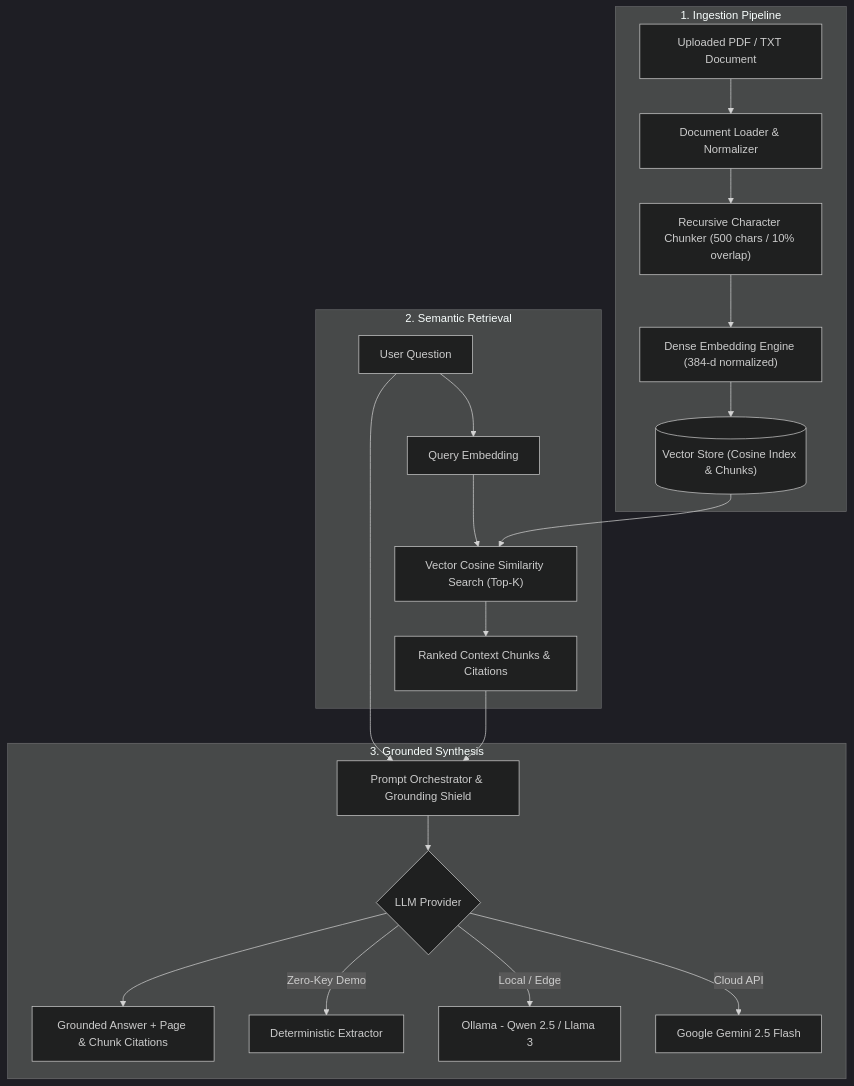
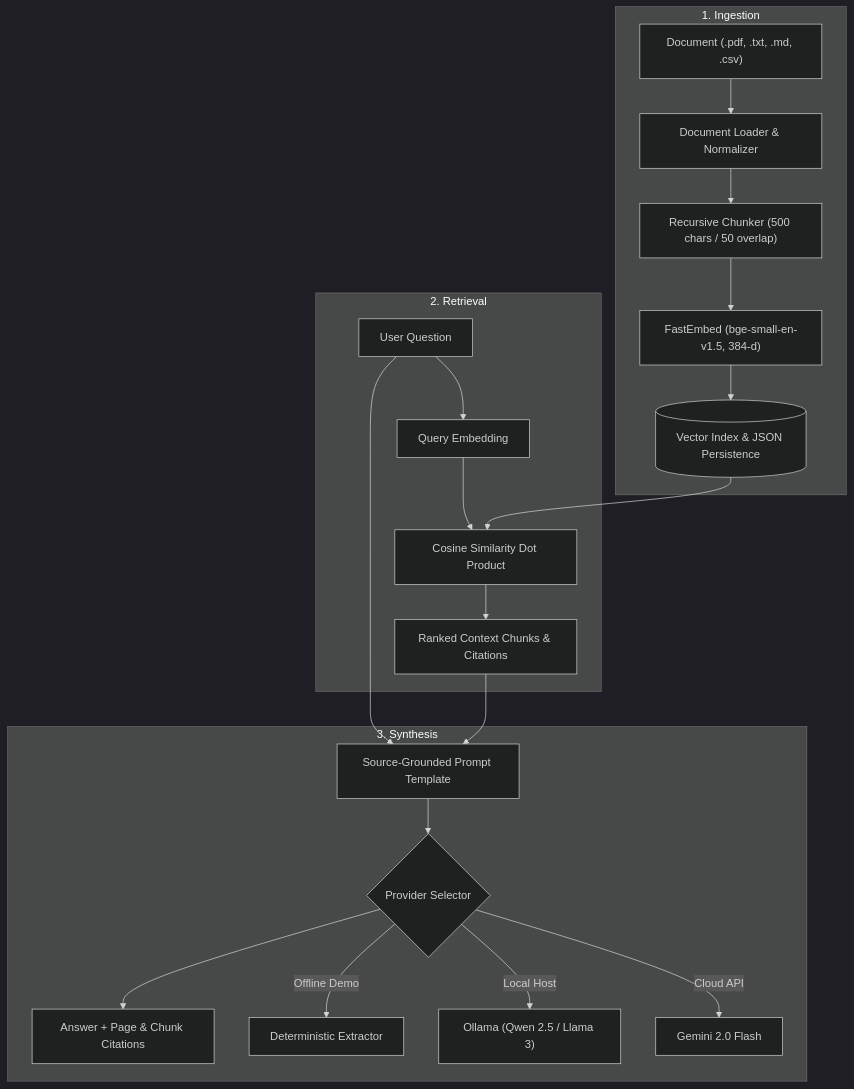
Before and after one commit to MishaelOliva/documind-ai: the diagram in README.md, drawn with Mermaid (dark theme). The commit also changed other lines of this file and 1 other file, not shown here.

````diff
--- a/README.md
+++ b/README.md
@@ -17,26 +37,26 @@
 ```mermaid
 flowchart TD
-    subgraph INGESTION["1. Ingestion Pipeline"]
-        Doc[Uploaded PDF / TXT Document] --> Loader[Document Loader & Normalizer]
-        Loader --> Chunker["Recursive Character Chunker (500 chars / 10% overlap)"]
-        Chunker --> Embedder["Dense Embedding Engine (384-d normalized)"]
-        Embedder --> VectorStore[("Vector Store (Cosine Index & Chunks)")]
+    subgraph INGESTION["1. Ingestion"]
+        Doc["Document (.pdf, .txt, .md, .csv)"] --> Loader["Document Loader & Normalizer"]
+        Loader --> Chunker["Recursive Chunker (500 chars / 50 overlap)"]
+        Chunker --> Embedder["FastEmbed (bge-small-en-v1.5, 384-d)"]
+        Embedder --> Store[("Vector Index & JSON Persistence")]
     end
 
-    subgraph RETRIEVAL["2. Semantic Retrieval"]
-        UserQ[User Question] --> QEmbed[Query Embedding]
-        QEmbed --> SimSearch["Vector Cosine Similarity Search (Top-K)"]
-        VectorStore --> SimSearch
-        SimSearch --> RankedChunks[Ranked Context Chunks & Citations]
+    subgraph RETRIEVAL["2. Retrieval"]
+        Query["User Question"] --> QEmbed["Query Embedding"]
+        QEmbed --> Search["Cosine Similarity Dot Product"]
+        Store --> Search
+        Search --> TopK["Ranked Context Chunks & Citations"]
     end
 
-    subgraph SYNTHESIS["3. Grounded Synthesis"]
-        RankedChunks --> PromptOrch[Prompt Orchestrator & Grounding Shield]
-        UserQ --> PromptOrch
-        PromptOrch --> LLMSelector{LLM Provider}
-        LLMSelector -->|Cloud API| Gemini[Google Gemini 2.5 Flash]
-        LLMSelector -->|Local / Edge| Ollama[Ollama - Qwen 2.5 / Llama 3]
-        LLMSelector -->|Zero-Key Demo| Mock[Deterministic Extractor]
-        LLMSelector --> Response["Grounded Answer + Page & Chunk Citations"]
+    subgraph SYNTHESIS["3. Synthesis"]
+        TopK --> Prompt["Source-Grounded Prompt Template"]
+        Query --> Prompt
+        Prompt --> Model{"Provider Selector"}
+        Model -->|Cloud API| Gemini["Gemini 2.0 Flash"]
+        Model -->|Local Host| Ollama["Ollama (Qwen 2.5 / Llama 3)"]
+        Model -->|Offline Demo| Mock["Deterministic Extractor"]
+        Model --> Response["Answer + Page & Chunk Citations"]
     end
 ```
````
